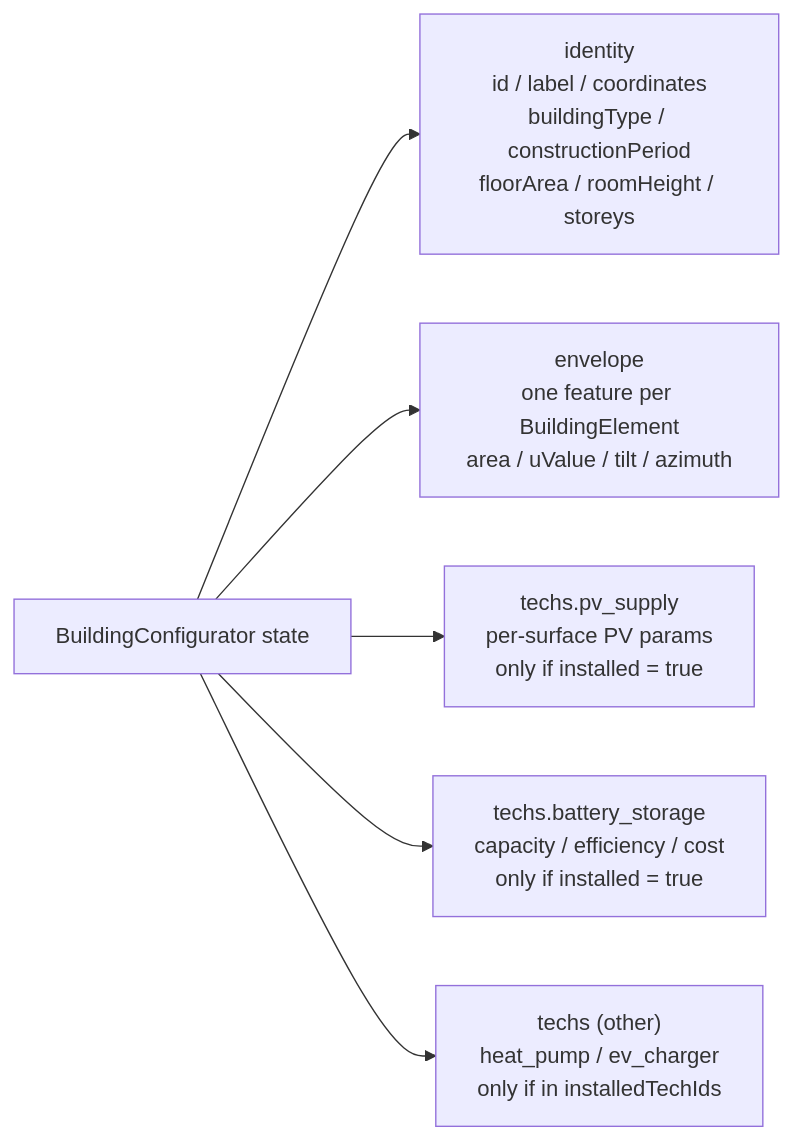
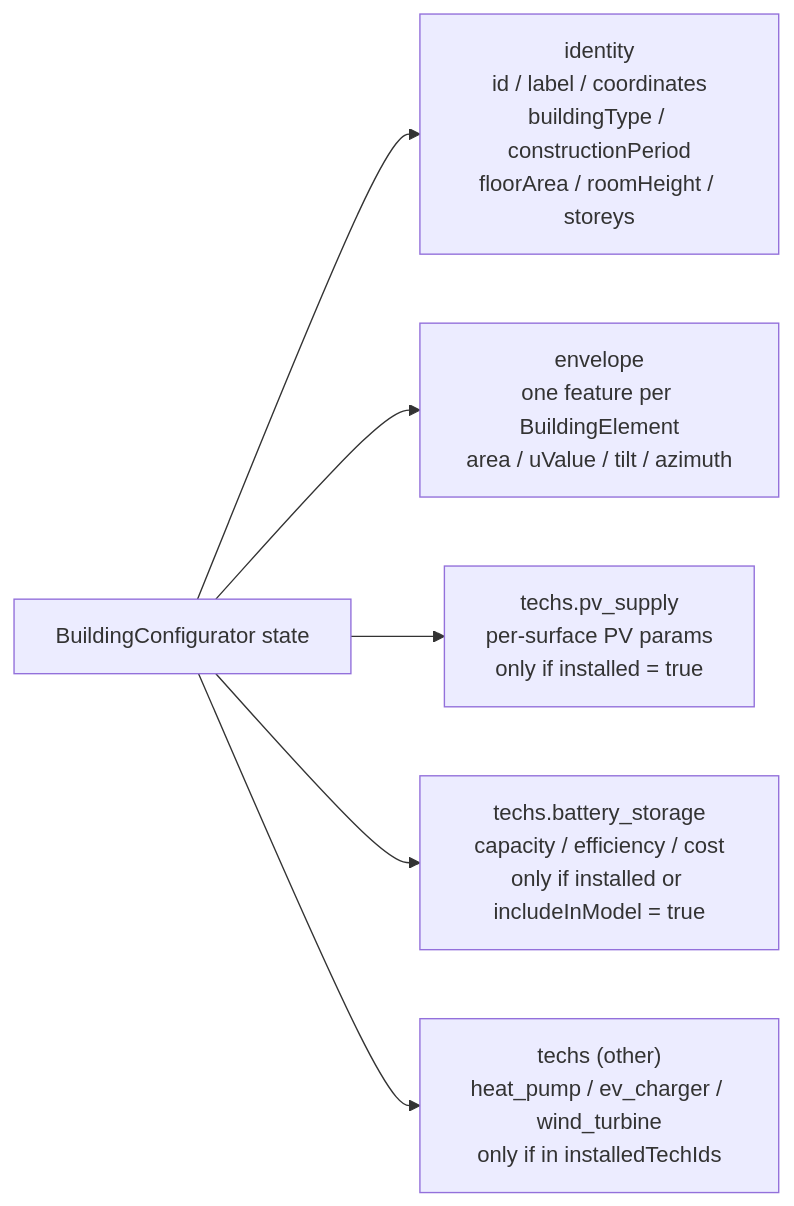
The sixth of 6 diagrams in docs/architecture.md (THD-Spatial-AI/building-configurator), drawn with Mermaid before and after one commit. The commit also changed other lines of this file and 4 other files, not shown here.

````diff
--- a/docs/architecture.md
+++ b/docs/architecture.md
@@ -189,10 +192,10 @@
 ```mermaid
 graph LR
     S["BuildingConfigurator state"]
 
     S --> ID["identity<br>id / label / coordinates<br>buildingType / constructionPeriod<br>floorArea / roomHeight / storeys"]
     S --> ENV["envelope<br>one feature per BuildingElement<br>area / uValue / tilt / azimuth"]
     S --> PV["techs.pv_supply<br>per-surface PV params<br>only if installed = true"]
-    S --> BAT["techs.battery_storage<br>capacity / efficiency / cost<br>only if installed = true"]
-    S --> OTH["techs (other)<br>heat_pump / ev_charger<br>only if in installedTechIds"]
+    S --> BAT["techs.battery_storage<br>capacity / efficiency / cost<br>only if installed or includeInModel = true"]
+    S --> OTH["techs (other)<br>heat_pump / ev_charger / wind_turbine<br>only if in installedTechIds"]
 ```
````
